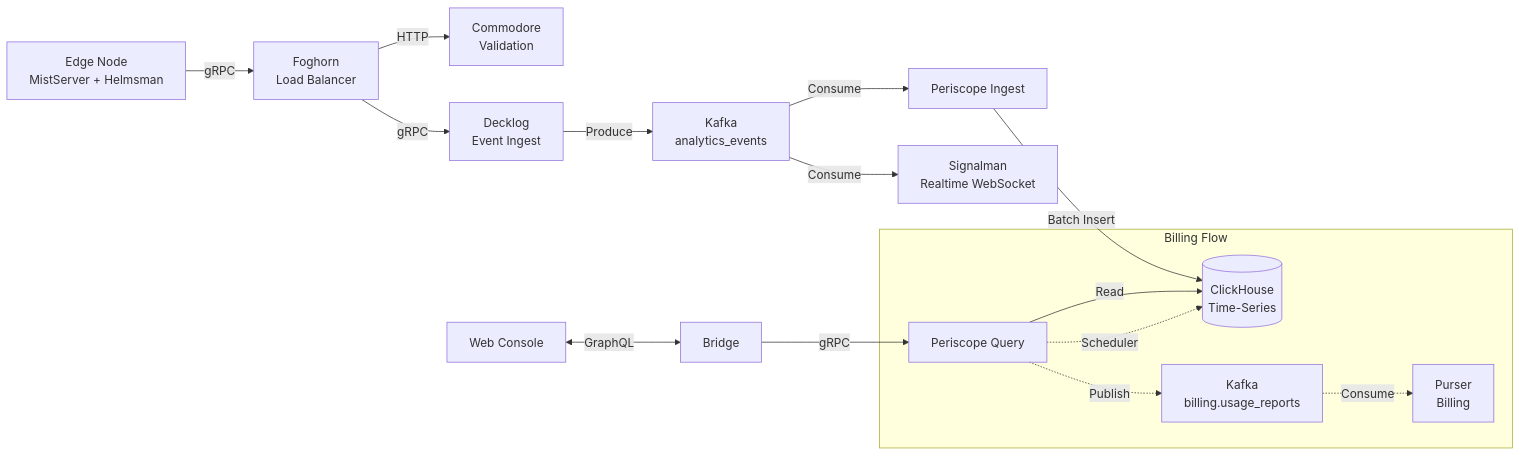
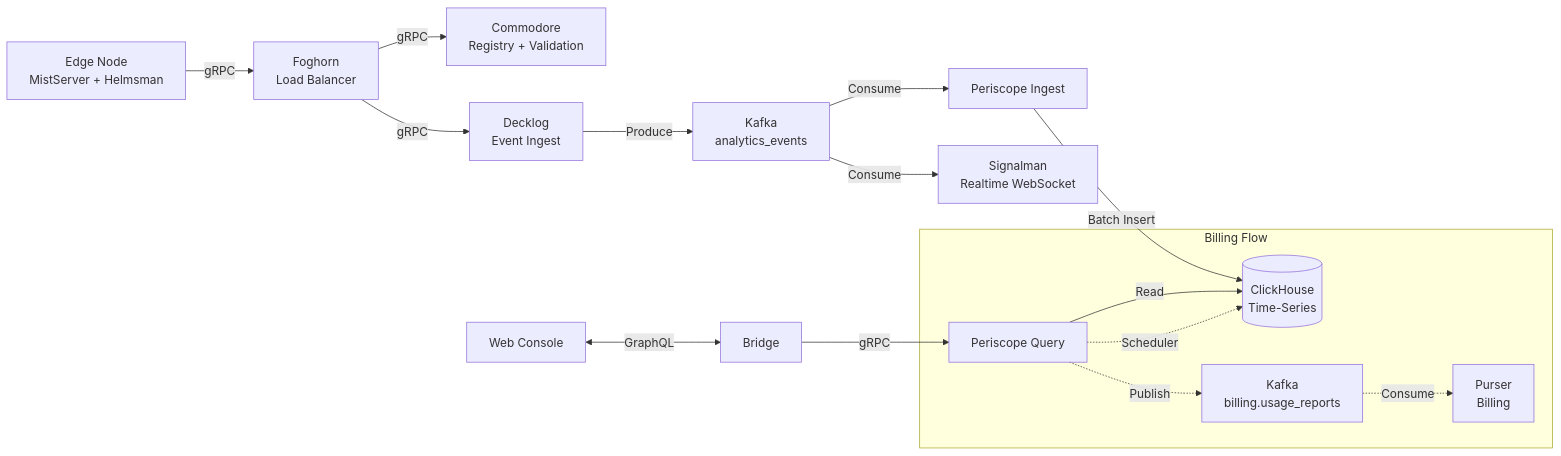
The diagram in website_docs/src/content/docs/operators/system-design.mdx (Livepeer-FrameWorks/monorepo), drawn with Mermaid before and after one commit. The commit also changed other lines of this file and 796 other files, not shown here.

````diff
--- a/website_docs/src/content/docs/operators/system-design.mdx
+++ b/website_docs/src/content/docs/operators/system-design.mdx
@@ -40,22 +42,22 @@
 ```mermaid
 graph LR
     Edge[Edge Node<br/>MistServer + Helmsman] -->|gRPC| Foghorn[Foghorn<br/>Load Balancer]
-    Foghorn -->|HTTP| Commodore[Commodore<br/>Validation]
+    Foghorn -->|gRPC| Commodore[Commodore<br/>Registry + Validation]
     Foghorn -->|gRPC| Decklog[Decklog<br/>Event Ingest]
     Decklog -->|Produce| Kafka[Kafka<br/>analytics_events]
 
     Kafka -->|Consume| P_Ingest[Periscope Ingest]
     Kafka -->|Consume| Signalman[Signalman<br/>Realtime WebSocket]
 
     P_Ingest -->|Batch Insert| CH[(ClickHouse<br/>Time-Series)]
 
     Client[Web Console] <-->|GraphQL| Gateway[Bridge]
     Gateway -->|gRPC| P_Query[Periscope Query]
     P_Query -->|Read| CH
 
     subgraph Billing Flow
         P_Query -.->|Scheduler| CH
         P_Query -.->|Publish| Kafka_Billing[Kafka<br/>billing.usage_reports]
         Kafka_Billing -.->|Consume| Purser[Purser<br/>Billing]
     end
 ```
````
